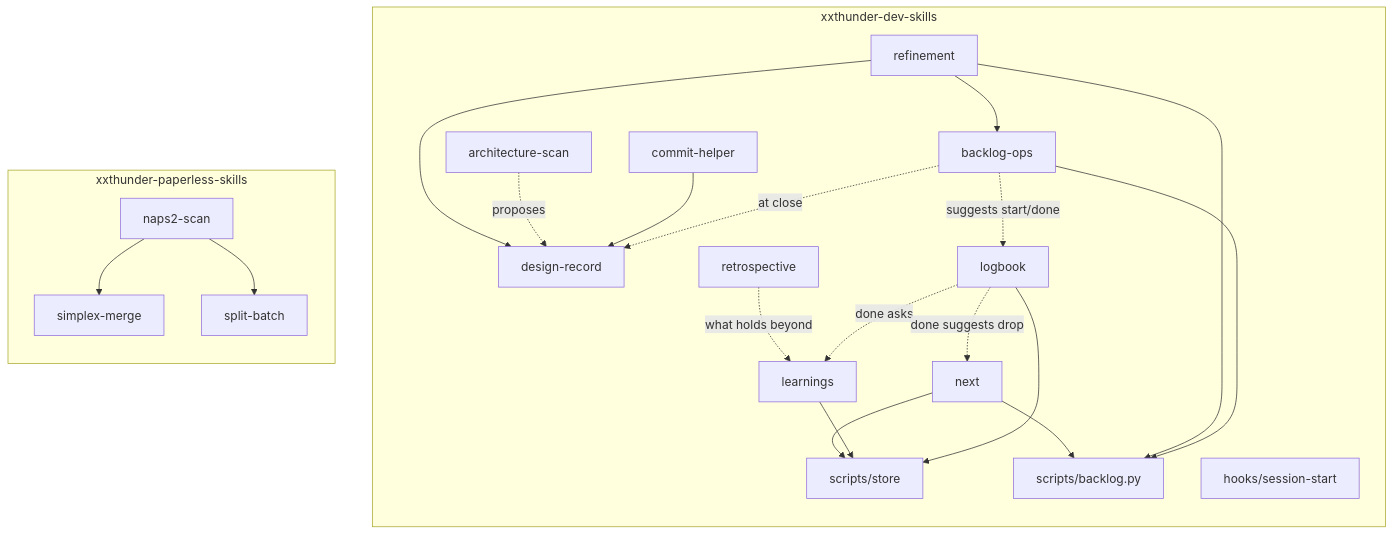
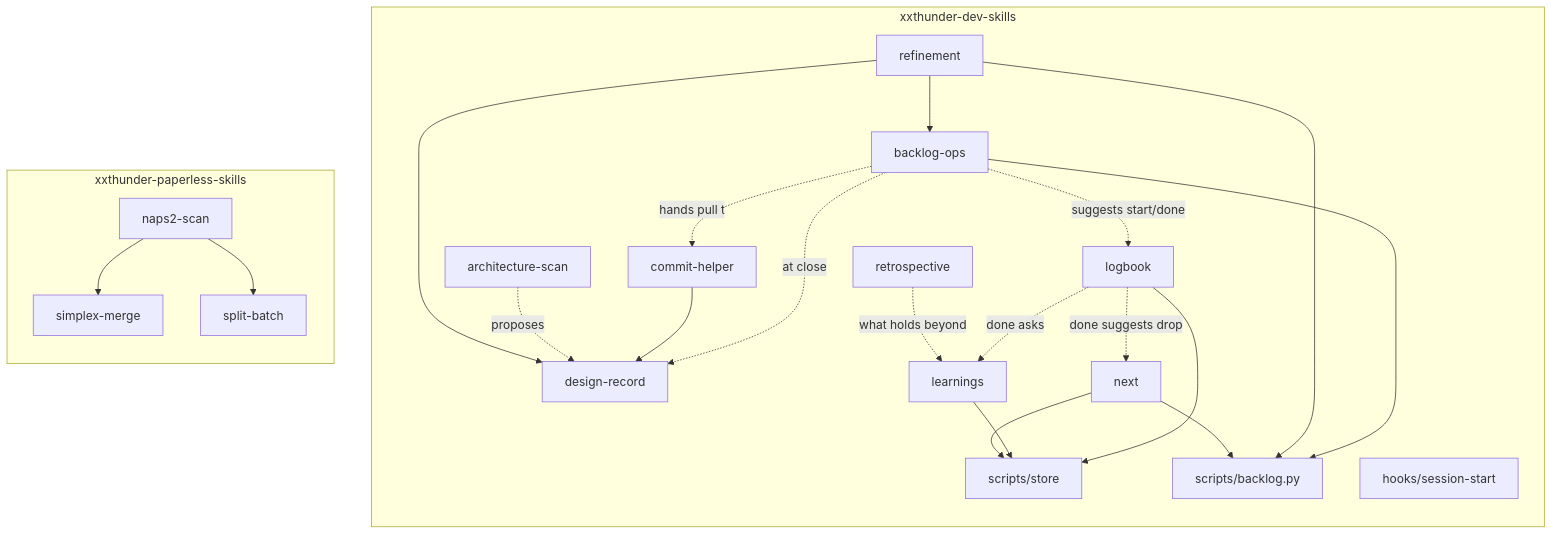
The third of 8 diagrams in docs/architecture.md (xxthunder/xxthunder-agentic-skills), drawn with Mermaid before and after one commit. The commit also changed other lines of this file and 5 other files, not shown here.

First line of the commit message:
feat(backlog-ops): a pull lands on the default branch at once (XAS-041)

````diff
--- a/docs/architecture.md
+++ b/docs/architecture.md
@@ -63,28 +63,29 @@
 ```mermaid
 flowchart TB
     subgraph dev["xxthunder-dev-skills"]
         direction TB
         refinement --> backlog["backlog-ops"]
         refinement --> record["design-record"]
         scan["architecture-scan"] -.proposes.-> record
         commit["commit-helper"] --> record
         backlog -.at close.-> record
+        backlog -.hands pull to.-> commit
         retro["retrospective"]
         retro -.what holds beyond.-> learn["learnings"]
         backlog -.suggests start/done.-> logb["logbook"]
         logb -.done asks.-> learn
         logb -.done suggests drop.-> nxt["next"]
         nxt --> storesh
         nxt --> backpy
         learn --> storesh["scripts/store"]
         logb --> storesh
         refinement --> backpy["scripts/backlog.py"]
         backlog --> backpy
         hook["hooks/session-start"]
     end
     subgraph paper["xxthunder-paperless-skills"]
         direction TB
         scanp["naps2-scan"] --> merge["simplex-merge"]
         scanp --> split["split-batch"]
     end
 ```
````
